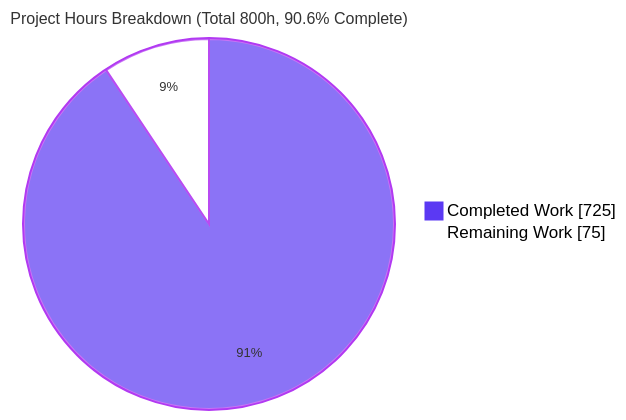
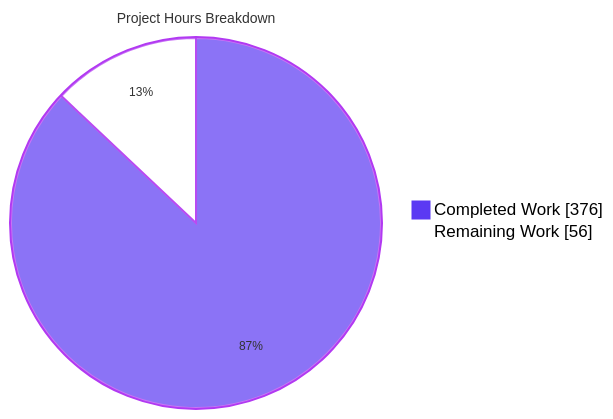
The second of 4 diagrams in blitzy/documentation/Project Guide.md (Blitzy-Sandbox/blitzy-odoo), drawn with Mermaid before and after one commit. The commit also changed other lines of this file, not shown here.

Commit message:
Adding Blitzy Project Guide: Project Status and Human Tasks Remaining

````diff
--- a/blitzy/documentation/Project Guide.md
+++ b/blitzy/documentation/Project Guide.md
@@ -299,6 +312,6 @@
 ```mermaid
-%%{init: {'theme':'base','themeVariables':{'pie1':'#5B39F3','pie2':'#FFFFFF','pieStrokeColor':'#B23AF2','pieOuterStrokeColor':'#B23AF2','pieOuterStrokeWidth':'2px','pieTitleTextSize':'16px','pieSectionTextSize':'13px','pieLegendTextColor':'#000000'}}}%%
-pie showData title Project Hours Breakdown (Total 800h, 90.6% Complete)
-    "Completed Work" : 725
-    "Remaining Work" : 75
+%%{init: {'theme':'base','themeVariables':{'pie1':'#5B39F3','pie2':'#FFFFFF','pieStrokeColor':'#B23AF2','pieOuterStrokeColor':'#B23AF2','pieOuterStrokeWidth':'2px','pieTitleTextSize':'14px','pieSectionTextSize':'12px','pieLegendTextColor':'#000000'}}}%%
+pie showData title Project Hours Breakdown
+    "Completed Work" : 376
+    "Remaining Work" : 56
 ```
````
